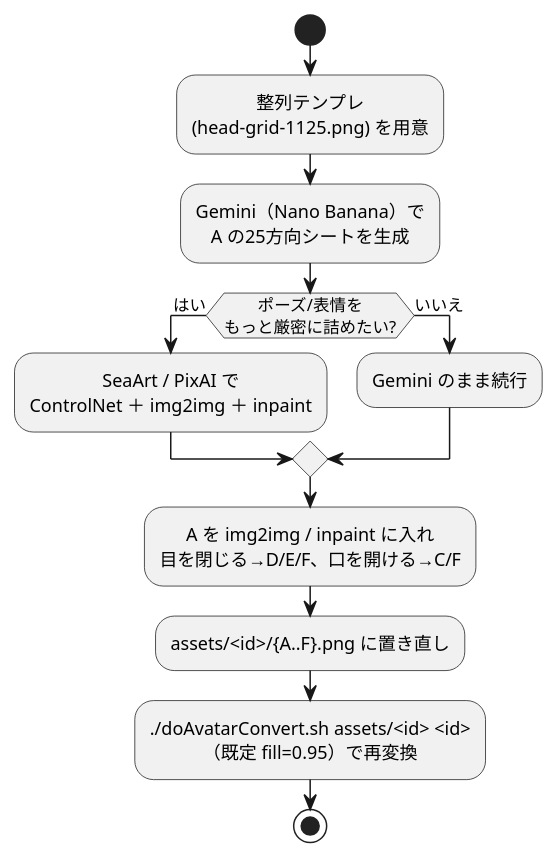
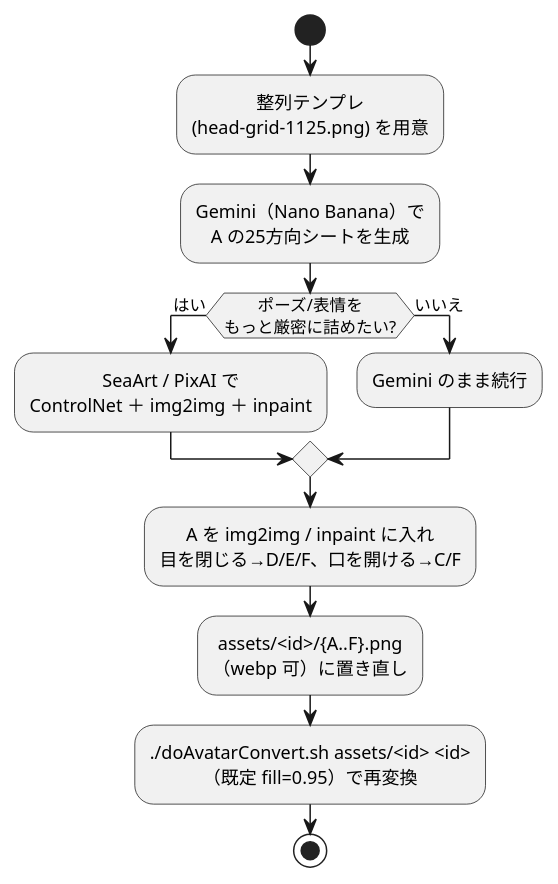
One commit to tommie-jp/tomari-guruguru changed the diagram in docs-camera/32-アバター画像の生成AI.md. Above: the diagram before and after it, drawn with PlantUML. The commit also changed other lines of this file and 12 other files, not shown here.

````diff
--- a/docs-camera/32-アバター画像の生成AI.md
+++ b/docs-camera/32-アバター画像の生成AI.md
@@ -68,19 +68,19 @@
 ```plantuml
 @startuml
 skinparam shadowing false
 skinparam defaultTextAlignment center
 
 start
 :整列テンプレ\n(head-grid-1125.png) を用意;
 :Gemini（Nano Banana）で\nA の25方向シートを生成;
 if (ポーズ/表情を\nもっと厳密に詰めたい?) then (はい)
   :SeaArt / PixAI で\nControlNet ＋ img2img ＋ inpaint;
 else (いいえ)
   :Gemini のまま続行;
 endif
 :A を img2img / inpaint に入れ\n目を閉じる→D/E/F、口を開ける→C/F;
-:assets/<id>/{A..F}.png に置き直し;
+:assets/<id>/{A..F}.png\n（webp 可）に置き直し;
 :./doAvatarConvert.sh assets/<id> <id>\n（既定 fill=0.95）で再変換;
 stop
 @enduml
 ```
````
